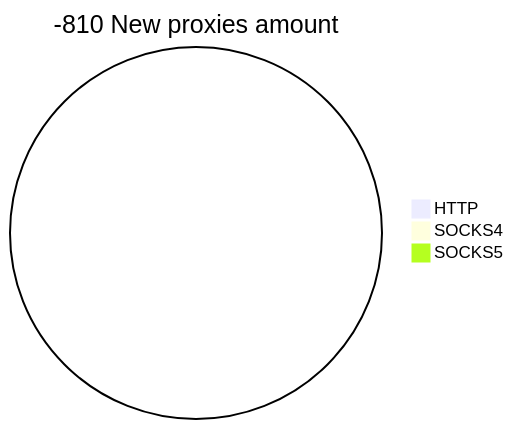
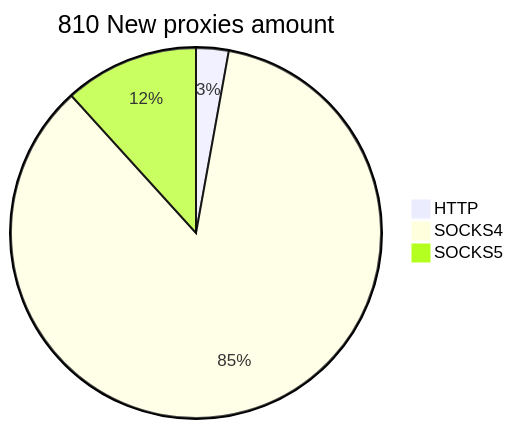
One commit to cutipu/proxylist changed the second of 2 diagrams in README.md. Above: the diagram before and after it, drawn with Mermaid. The commit also changed other lines of this file, not shown here.

````diff
--- a/README.md
+++ b/README.md
@@ -10,6 +10,6 @@
 ```mermaid
-pie title -810 New proxies amount
-    "HTTP" : 0
-    "SOCKS4" : 0
-    "SOCKS5" : 0
+pie title 810 New proxies amount
+    "HTTP" : 23
+    "SOCKS4" : 692
+    "SOCKS5" : 95
 ```
````
